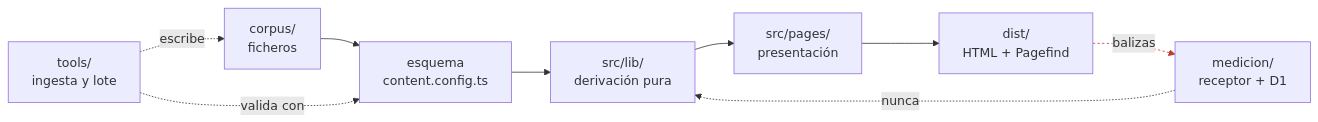
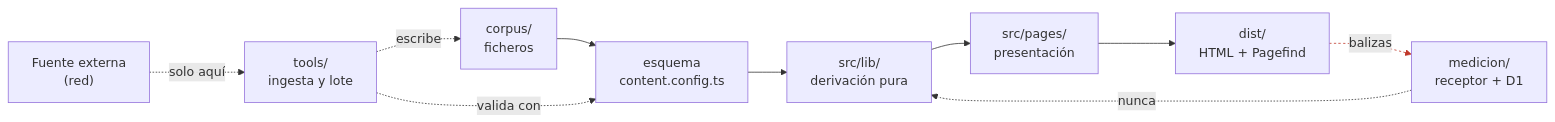
One commit to HectorGlez4/hectorglez4.github.io changed the first of 2 diagrams in _bmad-output/planning-artifacts/architecture/architecture-brainlySabiduria-2026-08-10/ARCHITECTURE-SPINE.md. Above: the diagram before and after it, drawn with Mermaid. The commit also changed other lines of this file and 7 other files, not shown here.

````diff
--- a/_bmad-output/planning-artifacts/architecture/architecture-brainlySabiduria-2026-08-10/ARCHITECTURE-SPINE.md
+++ b/_bmad-output/planning-artifacts/architecture/architecture-brainlySabiduria-2026-08-10/ARCHITECTURE-SPINE.md
@@ -42,12 +43,13 @@
 ```mermaid
 graph LR
   A["corpus/<br/>ficheros"] --> B["esquema<br/>content.config.ts"]
   B --> C["src/lib/<br/>derivación pura"]
   C --> D["src/pages/<br/>presentación"]
   D --> E["dist/<br/>HTML + Pagefind"]
   F["tools/<br/>ingesta y lote"] -.escribe.-> A
   F -.valida con.-> B
   E -.balizas.-> G["medicion/<br/>receptor + D1"]
   G -.->|"nunca"| C
+  H["Fuente externa<br/>(red)"] -.->|"solo aquí"| F
   linkStyle 6 stroke:#c0392b,stroke-dasharray:3
 ```
````
